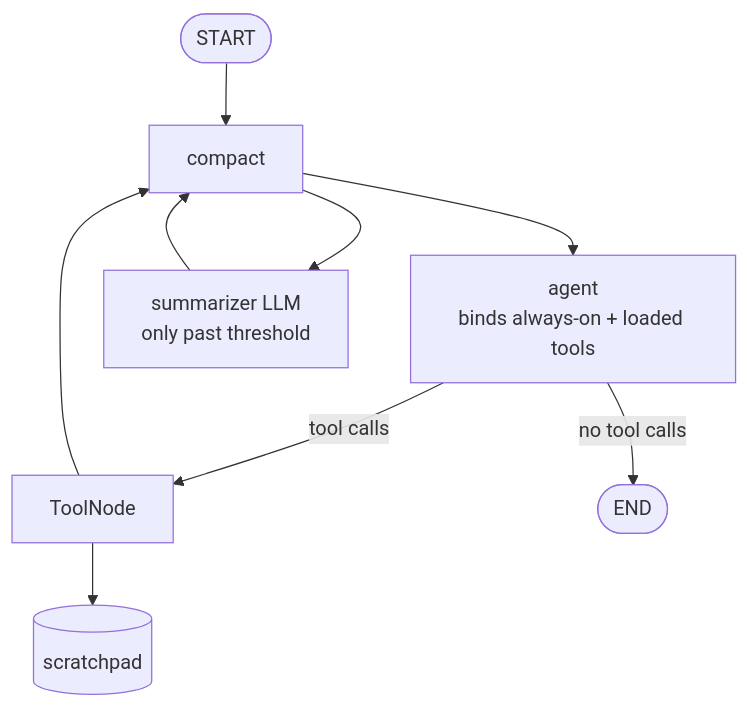
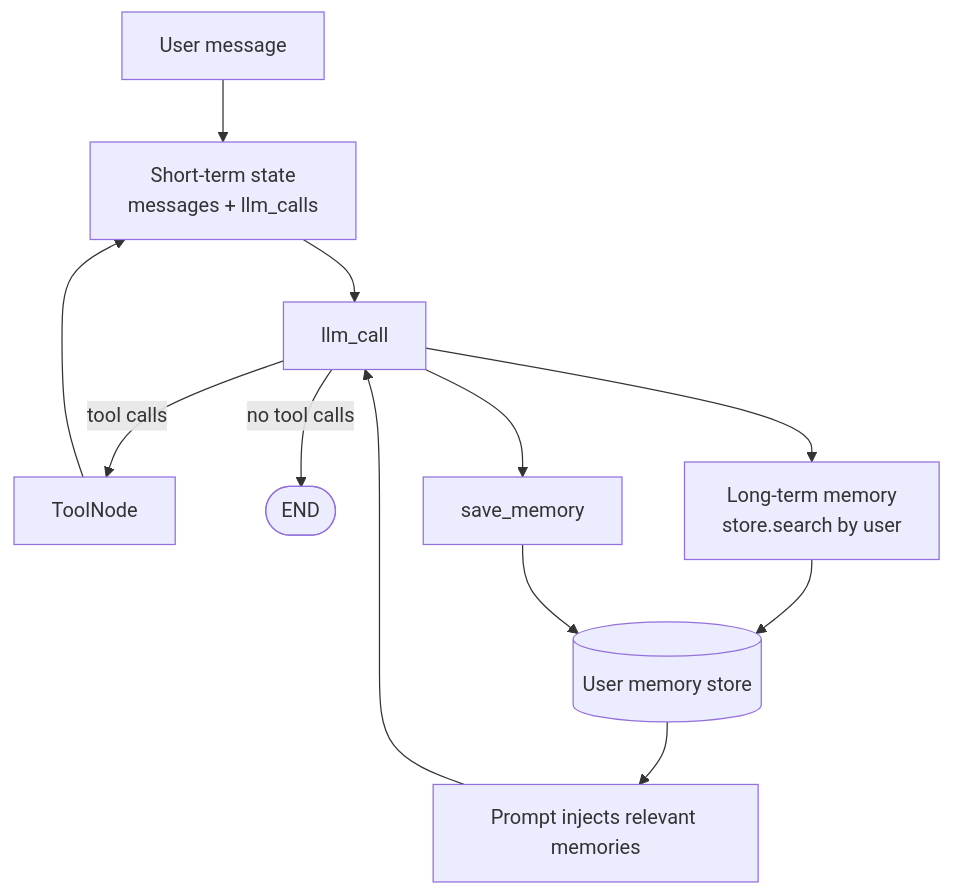
One commit to Harichandra1/agents changed the diagram in README.md. Above: the diagram before and after it, drawn with Mermaid. The commit also changed other lines of this file and 5 other files, not shown here.

````diff
--- a/README.md
+++ b/README.md
@@ -61,12 +62,16 @@
 ```mermaid
 flowchart TD
-    START([START]) --> COMPACT[compact]
-    COMPACT --> AGENT[agent<br/>binds always-on + loaded tools]
-    AGENT -->|tool calls| TOOLS[ToolNode]
-    TOOLS --> COMPACT
-    AGENT -->|no tool calls| DONE([END])
+    USER[User message] --> STATE[Short-term state<br/>messages + llm_calls]
+    STATE --> LLM[llm_call]
+    LLM -->|tool calls| TOOLS[ToolNode]
+    TOOLS --> STATE
+    LLM -->|no tool calls| DONE([END])
 
-    TOOLS --> SCRATCH[(scratchpad)]
-    COMPACT --> SUM[summarizer LLM<br/>only past threshold]
-    SUM --> COMPACT
+    LLM --> SEARCH[Long-term memory<br/>store.search by user]
+    SEARCH --> MEMORY[(User memory store)]
+    MEMORY --> PROMPT[Prompt injects relevant memories]
+    PROMPT --> LLM
+
+    LLM --> SAVE[save_memory]
+    SAVE --> MEMORY
 ```
````
